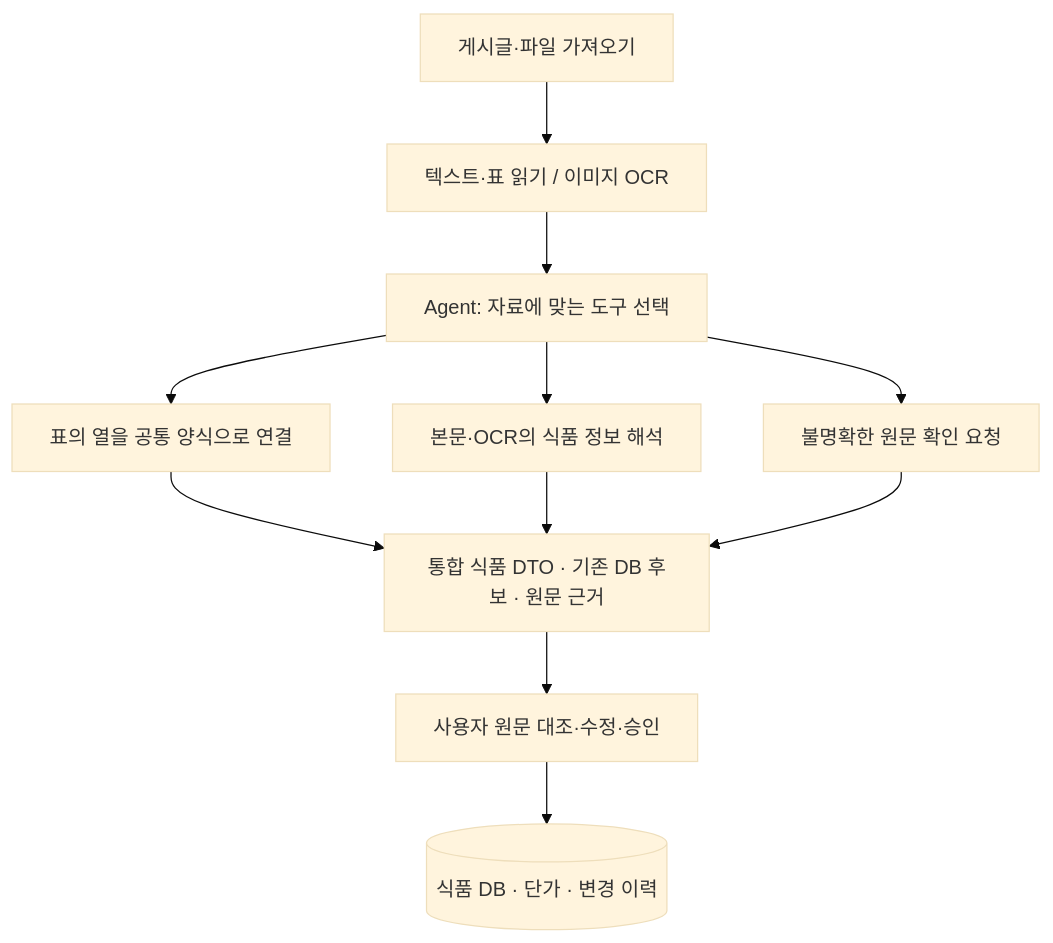
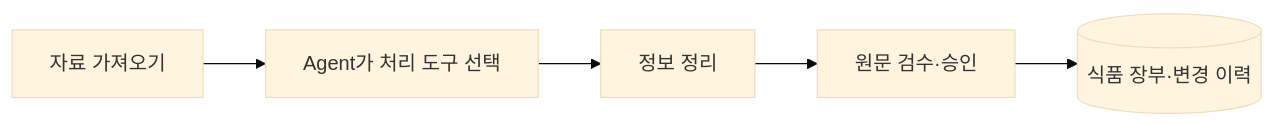
Before and after one commit to SKALA-G116/skala-FMS: the diagram in README.md, drawn with Mermaid (base theme). The commit also changed other lines of this file and 20 other files, not shown here.

````diff
--- a/README.md
+++ b/README.md
@@ -96,13 +74,7 @@
 ```mermaid
-flowchart TD
-    A[게시글·파일 가져오기] --> B[텍스트·표 읽기 / 이미지 OCR]
-    B --> C[Agent: 자료에 맞는 도구 선택]
-    C --> D[표의 열을 공통 양식으로 연결]
-    C --> E[본문·OCR의 식품 정보 해석]
-    C --> F[불명확한 원문 확인 요청]
-    D --> G[통합 식품 DTO · 기존 DB 후보 · 원문 근거]
-    E --> G
-    F --> G
-    G --> H[사용자 원문 대조·수정·승인]
-    H --> I[(식품 DB · 단가 · 변경 이력)]
+flowchart LR
+    A[자료 가져오기] --> B[Agent가 처리 도구 선택]
+    B --> C[정보 정리]
+    C --> D[원문 검수·승인]
+    D --> E[(식품 장부·변경 이력)]
 ```
````
